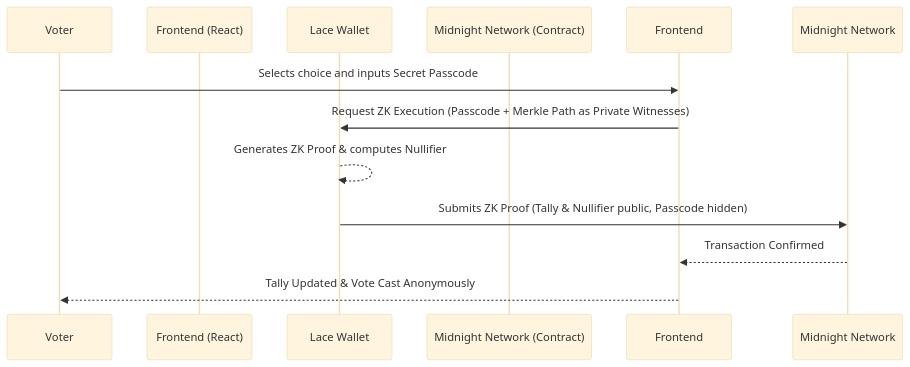
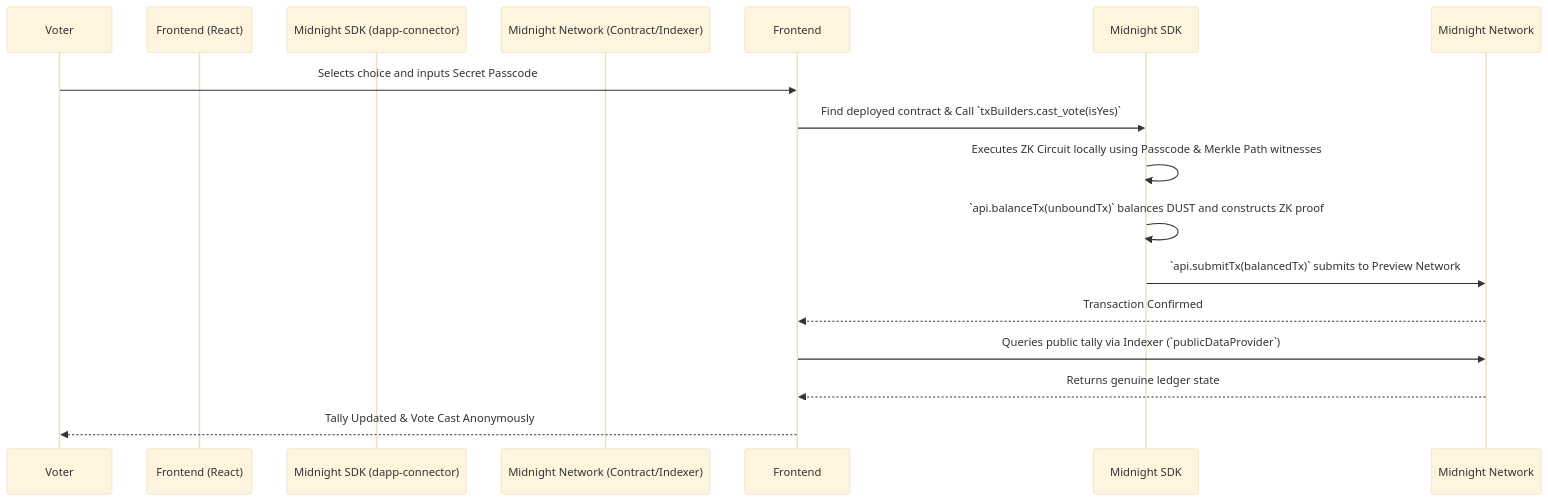
One commit to harshavardhanthite1011-png/Smart-Contract-Auditing-tool changed the diagram in README.md. Above: the diagram before and after it, drawn with Mermaid (base theme). The commit also changed other lines of this file and 106 other files, not shown here.

````diff
--- a/README.md
+++ b/README.md
@@ -28,14 +32,17 @@
 ```mermaid
 sequenceDiagram
     participant Voter
     participant Frontend (React)
-    participant Lace Wallet
-    participant Midnight Network (Contract)
+    participant Midnight SDK (dapp-connector)
+    participant Midnight Network (Contract/Indexer)
 
     Voter->>Frontend: Selects choice and inputs Secret Passcode
-    Frontend->>Lace Wallet: Request ZK Execution (Passcode + Merkle Path as Private Witnesses)
-    Lace Wallet-->>Lace Wallet: Generates ZK Proof & computes Nullifier
-    Lace Wallet->>Midnight Network: Submits ZK Proof (Tally & Nullifier public, Passcode hidden)
+    Frontend->>Midnight SDK: Find deployed contract & Call `txBuilders.cast_vote(isYes)`
+    Midnight SDK->>Midnight SDK: Executes ZK Circuit locally using Passcode & Merkle Path witnesses
+    Midnight SDK->>Midnight SDK: `api.balanceTx(unboundTx)` balances DUST and constructs ZK proof
+    Midnight SDK->>Midnight Network: `api.submitTx(balancedTx)` submits to Preview Network
     Midnight Network-->>Frontend: Transaction Confirmed
+    Frontend->>Midnight Network: Queries public tally via Indexer (`publicDataProvider`)
+    Midnight Network-->>Frontend: Returns genuine ledger state
     Frontend-->>Voter: Tally Updated & Vote Cast Anonymously
 ```
````
